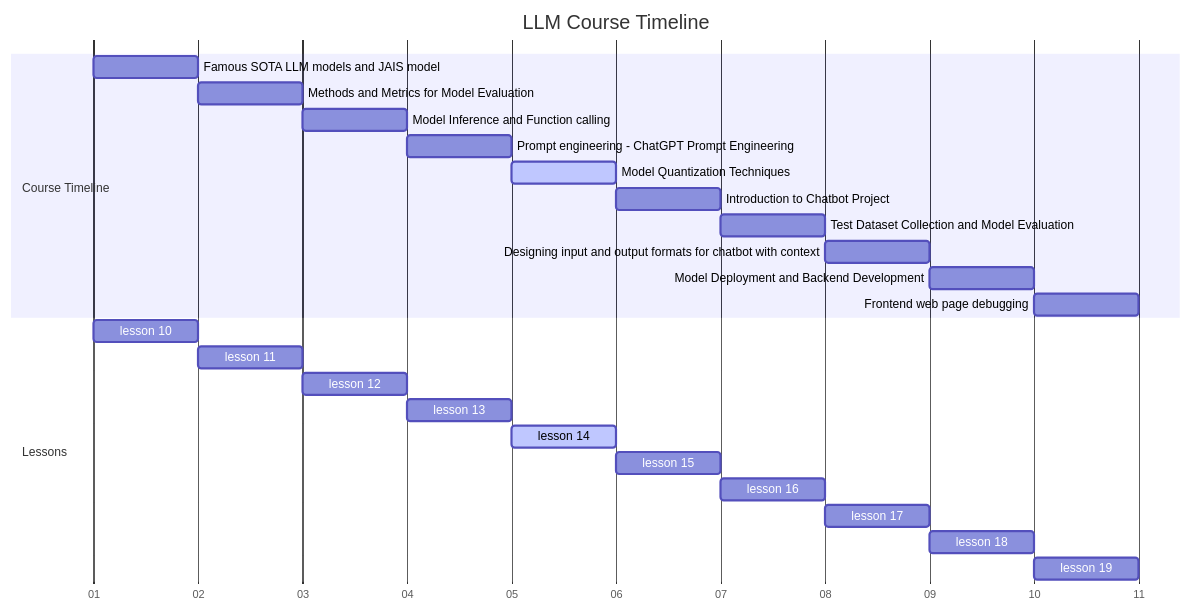
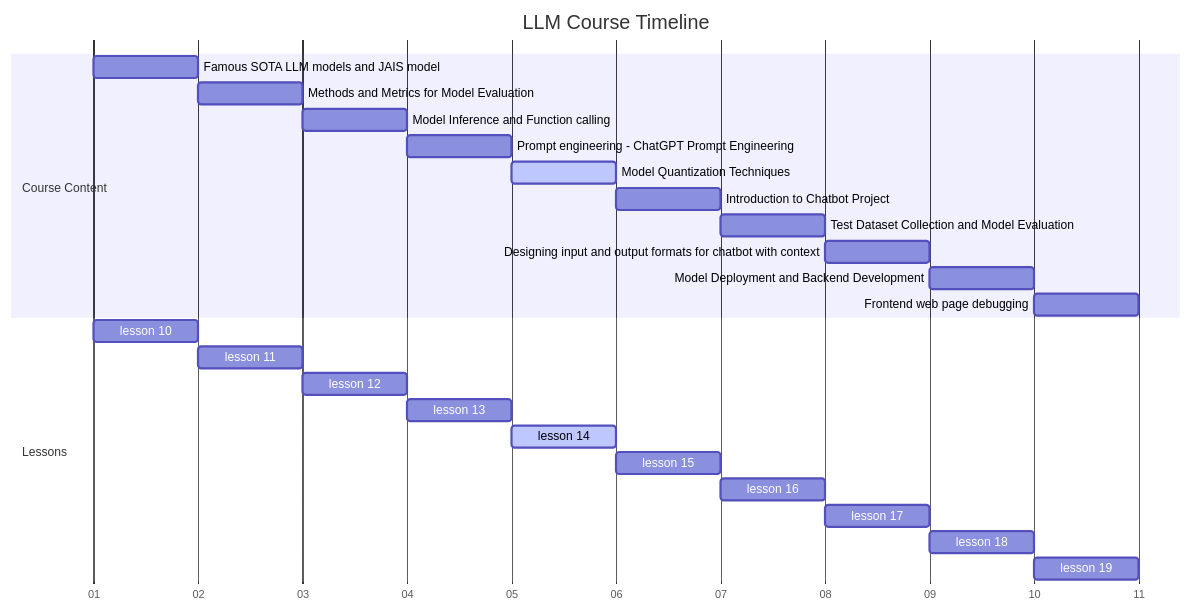
Before and after one commit to chenxingqiang/llm-course-chen: the first of 2 diagrams in notebooks/md/lesson_14_Model_Quantization_Techniques.md, drawn with Mermaid. The commit also changed other lines of this file and 658 other files, not shown here.

````diff
--- a/notebooks/md/lesson_14_Model_Quantization_Techniques.md
+++ b/notebooks/md/lesson_14_Model_Quantization_Techniques.md
@@ -4,28 +3,28 @@
 ```mermaid
 gantt
     title LLM Course Timeline
     dateFormat X
     axisFormat %d
-    section Course Timeline
+    section Course Content
     Famous SOTA LLM models and JAIS model              :a10, 0, 1d
     Methods and Metrics for Model Evaluation           :a11, after a10, 1d
     Model Inference and Function calling               :a12, after a11, 1d
     Prompt engineering - ChatGPT Prompt Engineering    :a13, after a12, 1d
     Model Quantization Techniques                      :active,a14, after a13, 1d
     Introduction to Chatbot Project                    :a15, after a14, 1d
     Test Dataset Collection and Model Evaluation       :a16, after a15, 1d
     Designing input and output formats for chatbot with context :a17, after a16, 1d
     Model Deployment and Backend Development           :a18, after a17, 1d
     Frontend web page debugging                        :a19, after a18, 1d
     section Lessons
     lesson 10 :l10, 0, 1d
     lesson 11 :l11, after l10, 1d
     lesson 12 :l12, after l11, 1d
     lesson 13 :l13, after l12, 1d
     lesson 14 :active,l14, after l13, 1d
     lesson 15 :l15, after l14, 1d
     lesson 16 :l16, after l15, 1d
     lesson 17 :l17, after l16, 1d
     lesson 18 :l18, after l17, 1d
     lesson 19 :l19, after l18, 1d
 ```
````
